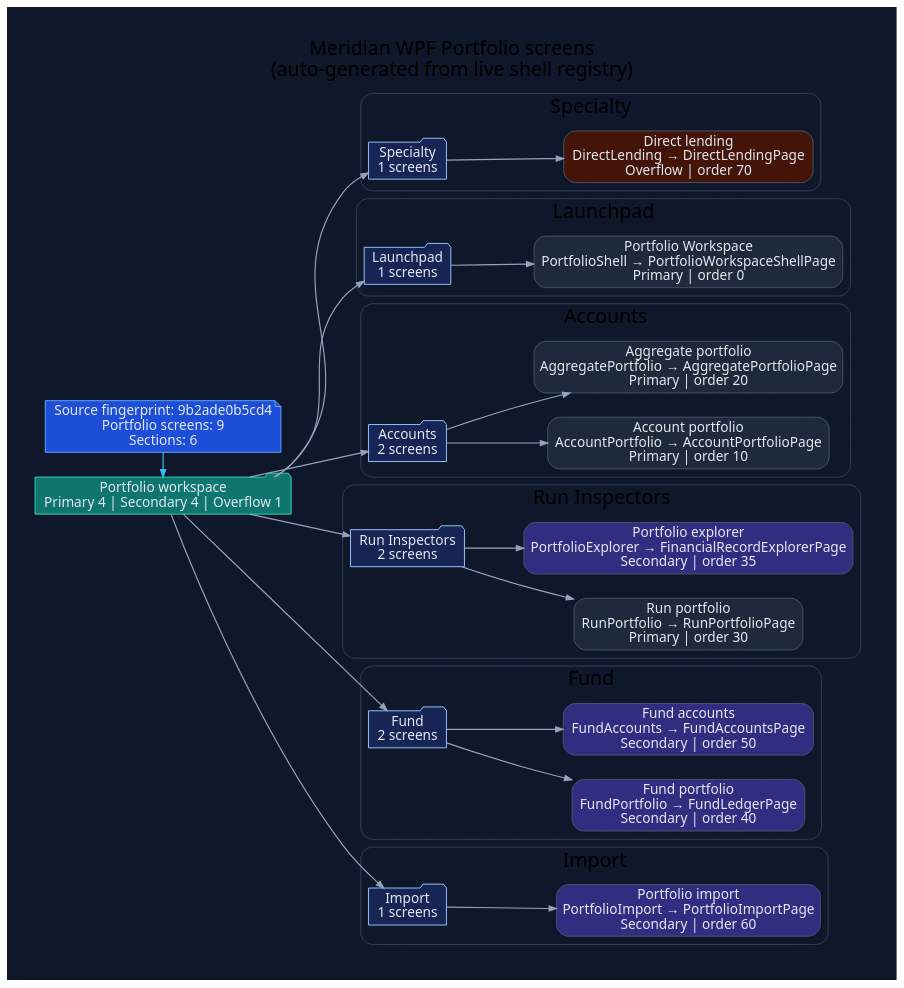
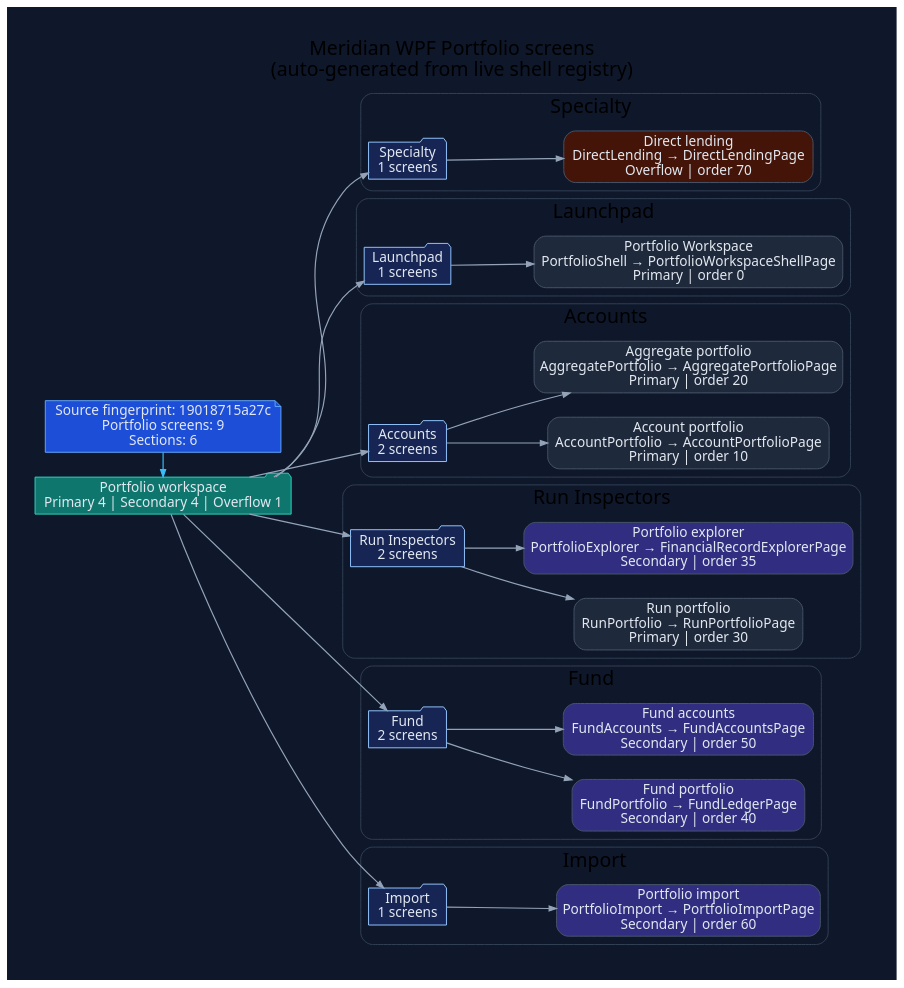
Before and after one commit to rodoHasArrived/Meridian-main: the diagram in docs/diagrams/ui/ui-wpf-screens-portfolio.dot, drawn with Graphviz. The commit also changed 44 other files, not shown here.

```diff
--- a/docs/diagrams/ui/ui-wpf-screens-portfolio.dot
+++ b/docs/diagrams/ui/ui-wpf-screens-portfolio.dot
@@ -1,92 +1,92 @@
 // -----------------------------------------------------------------------------
 // <auto-generated>
 // Generated by scripts/generate-diagrams.mjs.
 // Do not edit this file directly; update the WPF source files instead.
 // -----------------------------------------------------------------------------
 digraph WpfPortfolioScreens {
   graph [
     rankdir=LR,
     labelloc=t,
     label="Meridian WPF Portfolio screens\n(auto-generated from live shell registry)",
     fontname="Segoe UI",
     fontsize=20,
     pad=0.4,
     nodesep=0.35,
     ranksep=0.85,
     bgcolor="#0f172a"
   ];
   node [fontname="Segoe UI", shape=box, style="rounded,filled", color="#475569", fontcolor="#e2e8f0", fillcolor="#1e293b"];
   edge [fontname="Segoe UI", color="#94a3b8", penwidth=1.2, arrowsize=0.75];
 
-  generated [shape=note, fillcolor="#1d4ed8", color="#60a5fa", label="Source fingerprint: 9b2ade0b5cd4\nPortfolio screens: 9\nSections: 6"];
+  generated [shape=note, fillcolor="#1d4ed8", color="#60a5fa", label="Source fingerprint: 19018715a27c\nPortfolio screens: 9\nSections: 6"];
   workspace [shape=folder, fillcolor="#0f766e", color="#2dd4bf", label="Portfolio workspace\nPrimary 4 | Secondary 4 | Overflow 1"];
   generated -> workspace [color="#38bdf8"];
 
   subgraph cluster_section_1 {
     label="Specialty";
     color="#334155";
     style="rounded";
     section_1 [shape=folder, fillcolor="#172554", color="#93c5fd", label="Specialty\n1 screens"];
     workspace -> section_1;
     screen_DirectLending [fillcolor="#431407", label="Direct lending\nDirectLending → DirectLendingPage\nOverflow | order 70"];
     section_1 -> screen_DirectLending;
   }
 
   subgraph cluster_section_2 {
     label="Launchpad";
     color="#334155";
     style="rounded";
     section_2 [shape=folder, fillcolor="#172554", color="#93c5fd", label="Launchpad\n1 screens"];
     workspace -> section_2;
     screen_PortfolioShell [fillcolor="#1e293b", label="Portfolio Workspace\nPortfolioShell → PortfolioWorkspaceShellPage\nPrimary | order 0"];
     section_2 -> screen_PortfolioShell;
   }
 
   subgraph cluster_section_3 {
     label="Accounts";
     color="#334155";
     style="rounded";
     section_3 [shape=folder, fillcolor="#172554", color="#93c5fd", label="Accounts\n2 screens"];
     workspace -> section_3;
     screen_AccountPortfolio [fillcolor="#1e293b", label="Account portfolio\nAccountPortfolio → AccountPortfolioPage\nPrimary | order 10"];
     section_3 -> screen_AccountPortfolio;
     screen_AggregatePortfolio [fillcolor="#1e293b", label="Aggregate portfolio\nAggregatePortfolio → AggregatePortfolioPage\nPrimary | order 20"];
     section_3 -> screen_AggregatePortfolio;
   }
 
   subgraph cluster_section_4 {
     label="Run Inspectors";
     color="#334155";
     style="rounded";
     section_4 [shape=folder, fillcolor="#172554", color="#93c5fd", label="Run Inspectors\n2 screens"];
     workspace -> section_4;
     screen_RunPortfolio [fillcolor="#1e293b", label="Run portfolio\nRunPortfolio → RunPortfolioPage\nPrimary | order 30"];
     section_4 -> screen_RunPortfolio;
     screen_PortfolioExplorer [fillcolor="#312e81", label="Portfolio explorer\nPortfolioExplorer → FinancialRecordExplorerPage\nSecondary | order 35"];
     section_4 -> screen_PortfolioExplorer;
   }
 
   subgraph cluster_section_5 {
     label="Fund";
     color="#334155";
     style="rounded";
     section_5 [shape=folder, fillcolor="#172554", color="#93c5fd", label="Fund\n2 screens"];
     workspace -> section_5;
     screen_FundPortfolio [fillcolor="#312e81", label="Fund portfolio\nFundPortfolio → FundLedgerPage\nSecondary | order 40"];
     section_5 -> screen_FundPortfolio;
     screen_FundAccounts [fillcolor="#312e81", label="Fund accounts\nFundAccounts → FundAccountsPage\nSecondary | order 50"];
     section_5 -> screen_FundAccounts;
   }
 
   subgraph cluster_section_6 {
     label="Import";
     color="#334155";
     style="rounded";
     section_6 [shape=folder, fillcolor="#172554", color="#93c5fd", label="Import\n1 screens"];
     workspace -> section_6;
     screen_PortfolioImport [fillcolor="#312e81", label="Portfolio import\nPortfolioImport → PortfolioImportPage\nSecondary | order 60"];
     section_6 -> screen_PortfolioImport;
   }
 
   { rank=min; generated; workspace; }
 }
```
